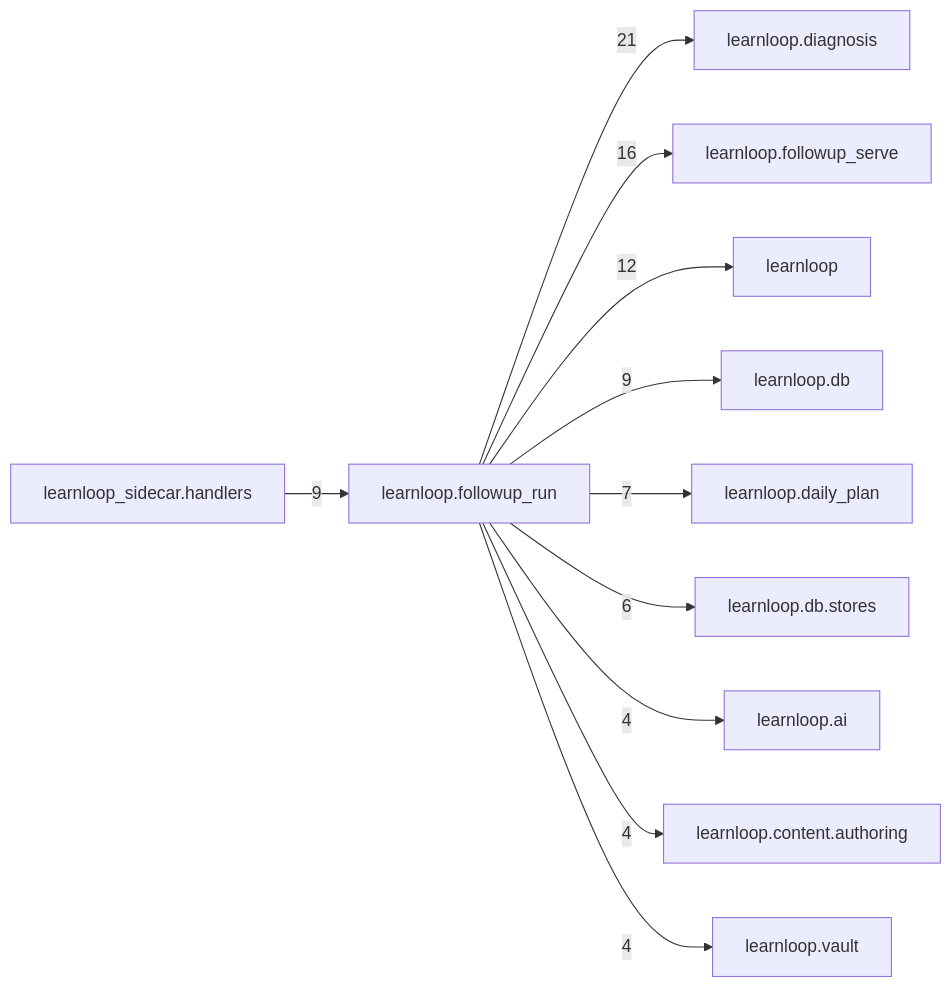
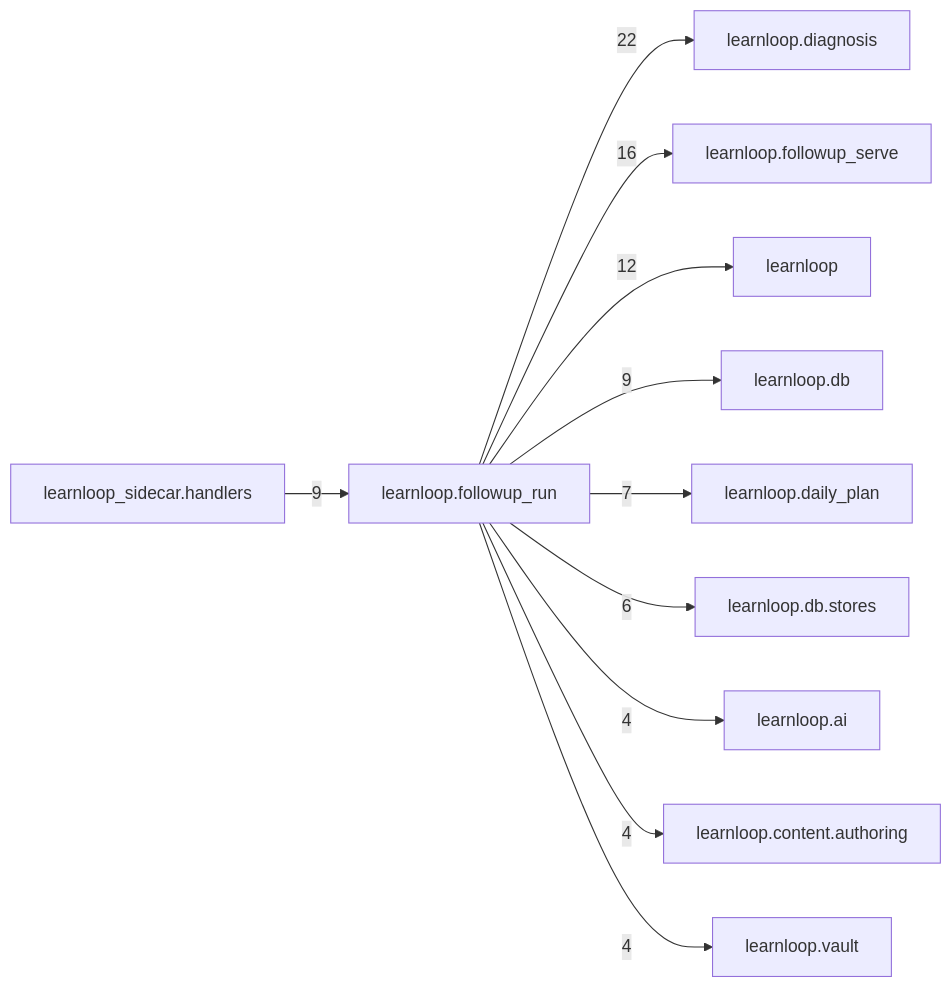
One commit to 6up-b/learnanything changed the diagram in docs/learnloop-architecture-vault/Reference/Modules/learnloop/followup_run/_package.md. Above: the diagram before and after it, drawn with Mermaid. The commit also changed other lines of this file and 112 other files, not shown here.

````diff
--- a/docs/learnloop-architecture-vault/Reference/Modules/learnloop/followup_run/_package.md
+++ b/docs/learnloop-architecture-vault/Reference/Modules/learnloop/followup_run/_package.md
@@ -97,24 +97,24 @@
 ```mermaid
 flowchart LR
     center["learnloop.followup_run"]
     n_learnloop_diagnosis["learnloop.diagnosis"]
     n_learnloop_followup_serve["learnloop.followup_serve"]
     n_learnloop["learnloop"]
     n_learnloop_db["learnloop.db"]
     n_learnloop_sidecar_handlers["learnloop_sidecar.handlers"]
     n_learnloop_daily_plan["learnloop.daily_plan"]
     n_learnloop_db_stores["learnloop.db.stores"]
     n_learnloop_ai["learnloop.ai"]
     n_learnloop_content_authoring["learnloop.content.authoring"]
     n_learnloop_vault["learnloop.vault"]
-    center -->|21| n_learnloop_diagnosis
+    center -->|22| n_learnloop_diagnosis
     center -->|16| n_learnloop_followup_serve
     center -->|12| n_learnloop
     center -->|9| n_learnloop_db
     n_learnloop_sidecar_handlers -->|9| center
     center -->|7| n_learnloop_daily_plan
     center -->|6| n_learnloop_db_stores
     center -->|4| n_learnloop_ai
     center -->|4| n_learnloop_content_authoring
     center -->|4| n_learnloop_vault
 ```
````
